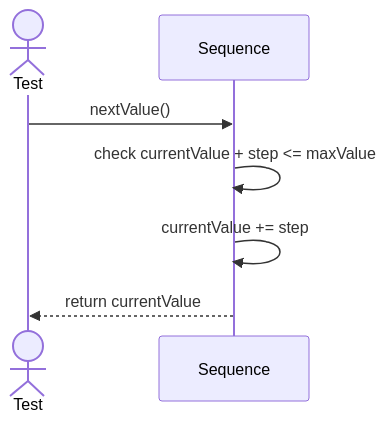
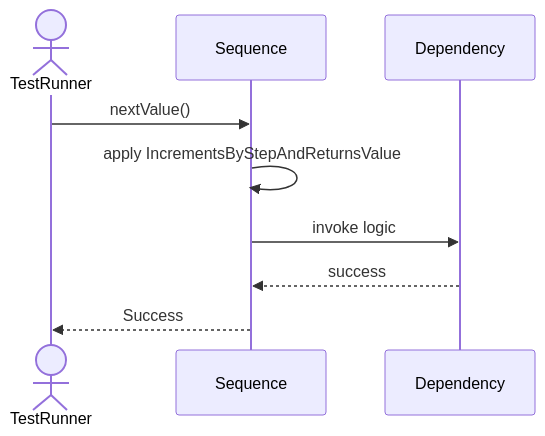
One commit to TamBui1706/DBMS changed the first of 6 diagrams in Sequences/DatabaseObjectManagement/Sequence.md. Above: the diagram before and after it, drawn with Mermaid. The commit also changed other lines of this file and 63 other files, not shown here.

Commit message:
Draw sequence diagram for unit tests

````diff
--- a/Sequences/DatabaseObjectManagement/Sequence.md
+++ b/Sequences/DatabaseObjectManagement/Sequence.md
@@ -14,10 +19,10 @@
 ```mermaid
 sequenceDiagram
-    actor Test
+    actor TestRunner
     participant Sequence
-
-    Test->>Sequence: nextValue()
-    Sequence->>Sequence: check currentValue + step <= maxValue
-    Sequence->>Sequence: currentValue += step
-    Sequence-->>Test: return currentValue
+    TestRunner->>Sequence: nextValue()
+    Sequence->>Sequence: apply IncrementsByStepAndReturnsValue
+    Sequence->>Dependency: invoke logic
+    Dependency-->>Sequence: success
+    Sequence-->>TestRunner: Success
 ```
````
